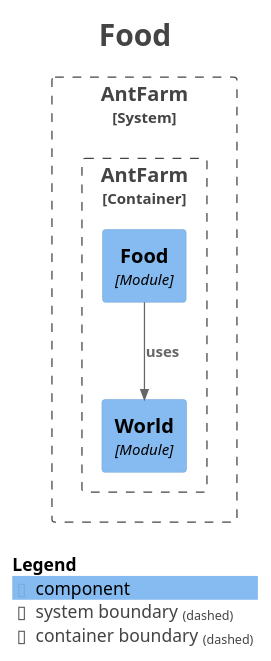
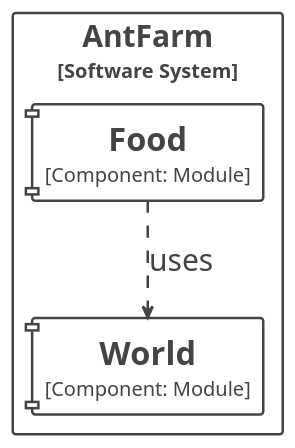
Before and after one commit to BlockCat/ddd-ants: the diagram in src/main/resources/static/docs/module-food.puml, drawn with PlantUML. The commit also changed 57 other files, not shown here.

```diff
--- a/src/main/resources/static/docs/module-food.puml
+++ b/src/main/resources/static/docs/module-food.puml
@@ -1,30 +1,56 @@
 @startuml
-title <size:24>Food</size>
 
 set separator none
 top to bottom direction
+hide stereotype
+
+skinparam {
+  componentStyle uml1
+}
 
 <style>
   root {
-    BackgroundColor: #ffffff
-    FontColor: #444444
+    BackgroundColor: #ffffff;
+    FontColor: #444444;
+  }
+  // Element,Component
+  .Element-RWxlbWVudCxDb21wb25lbnQ= {
+    BackgroundColor: #ffffff;
+    LineColor: #444444;
+    LineStyle: 0;
+    LineThickness: 2;
+    FontColor: #444444;
+    FontSize: 24;
+    HorizontalAlignment: center;
+    Shadowing: 0;
+    MaximumWidth: 450;
+  }
+  // Relationship
+  .Relationship-UmVsYXRpb25zaGlw {
+    LineThickness: 2;
+    LineStyle: 10-10;
+    LineColor: #444444;
+    FontColor: #444444;
+    FontSize: 24;
+  }
+  // AntFarm
+  .Boundary-QW50RmFybQ== {
+    BackgroundColor: #ffffff;
+    LineColor: #444444;
+    LineStyle: 0;
+    LineThickness: 2;
+    FontColor: #444444;
+    FontSize: 24;
+    HorizontalAlignment: center;
+    Shadowing: 0;
   }
 </style>
 
-!include <C4/C4>
-!include <C4/C4_Context>
-!include <C4/C4_Component>
-
-System_Boundary("AntFarm_boundary", "AntFarm", $tags="") {
-  Container_Boundary("AntFarm.AntFarm_boundary", "AntFarm", $tags="") {
-    Component(AntFarm.AntFarm.World, "World", $techn="Module", $descr="", $tags="", $link="")
-    Component(AntFarm.AntFarm.Food, "Food", $techn="Module", $descr="", $tags="", $link="")
-  }
-
+rectangle "AntFarm\n<size:16>[Software System]</size>" <<Boundary-QW50RmFybQ==>> {
+  component "==World\n<size:16>[Component: Module]</size>" <<Element-RWxlbWVudCxDb21wb25lbnQ=>> as AntFarm.AntFarm.World
+  component "==Food\n<size:16>[Component: Module]</size>" <<Element-RWxlbWVudCxDb21wb25lbnQ=>> as AntFarm.AntFarm.Food
 }
 
-Rel(AntFarm.AntFarm.Food, AntFarm.AntFarm.World, "uses", $techn="", $tags="", $link="")
+AntFarm.AntFarm.Food --> AntFarm.AntFarm.World <<Relationship-UmVsYXRpb25zaGlw>> : "uses"
 
-SHOW_LEGEND(true)
-hide stereotypes
 @enduml
```
